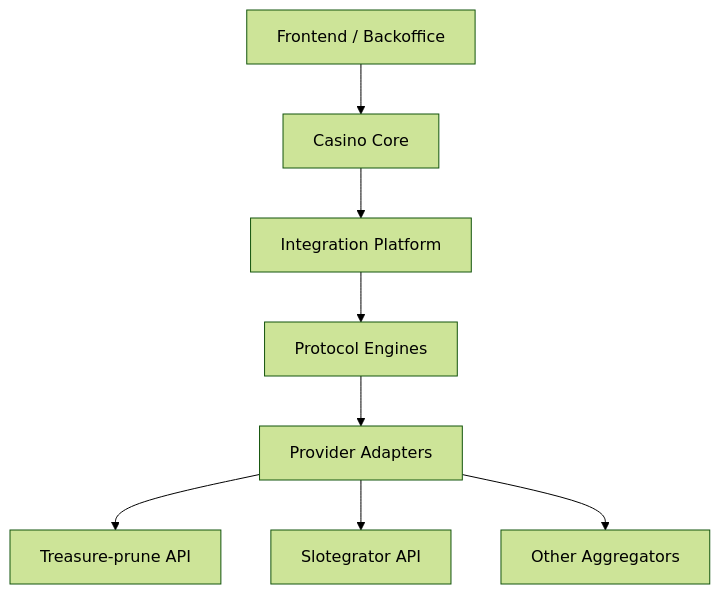
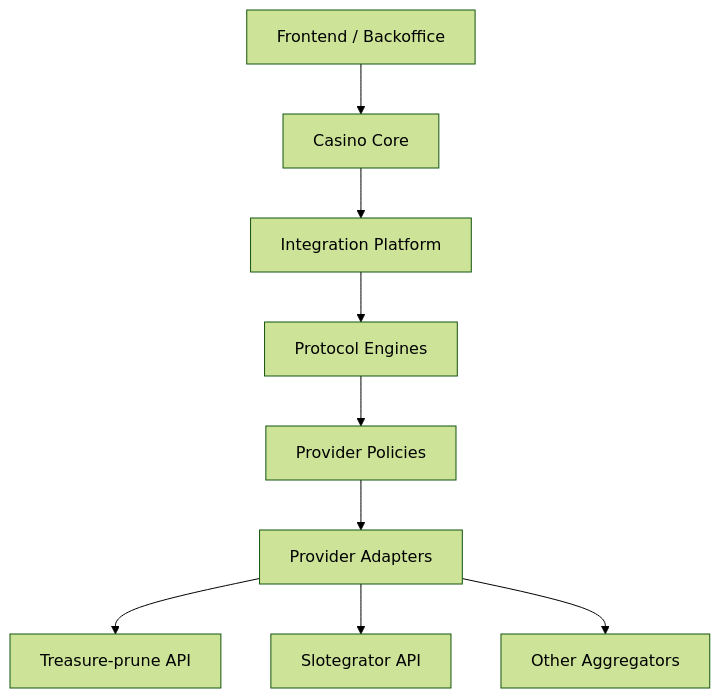
The first of 2 diagrams in README.md (alexgoodman53/casino), drawn with Mermaid (forest theme) before and after one commit. The commit also changed other lines of this file, not shown here.

Commit message:
Refine integration architecture README

````diff
--- a/README.md
+++ b/README.md
@@ -397,10 +483,11 @@
 ```mermaid
 flowchart TD
     A["Frontend / Backoffice"] --> B["Casino Core"]
     B --> C["Integration Platform"]
     C --> D["Protocol Engines"]
-    D --> E["Provider Adapters"]
-    E --> F["Treasure-prune API"]
-    E --> G["Slotegrator API"]
-    E --> H["Other Aggregators"]
+    D --> E["Provider Policies"]
+    E --> F["Provider Adapters"]
+    F --> G["Treasure-prune API"]
+    F --> H["Slotegrator API"]
+    F --> I["Other Aggregators"]
 ```
````
